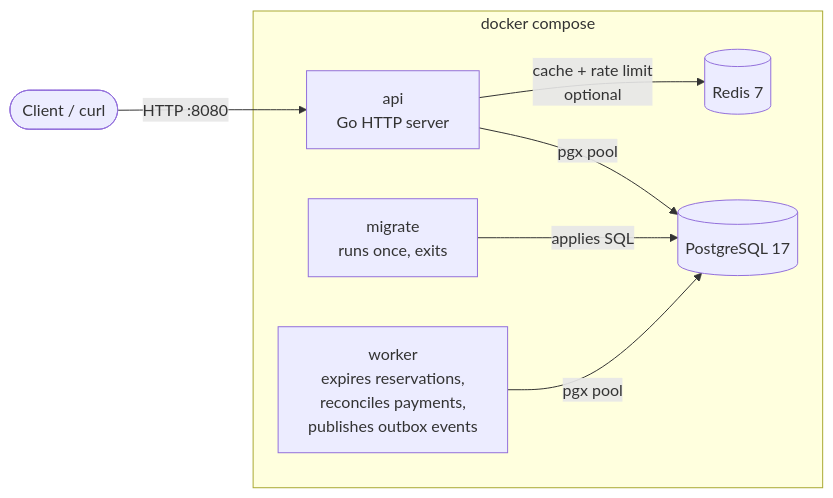
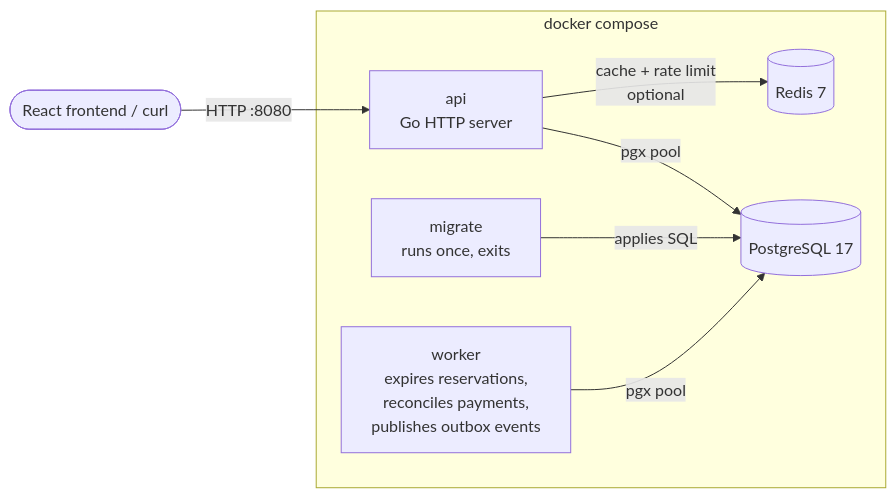
The first of 4 diagrams in README.md (BasavarajBankolli/inventory-order-engine), drawn with Mermaid before and after one commit. The commit also changed other lines of this file and 43 other files, not shown here.

First line of the commit message:
feat: add React frontend and CORS support

````diff
--- a/README.md
+++ b/README.md
@@ -16,10 +18,10 @@
 ```mermaid
 flowchart LR
-    client([Client / curl]) -->|HTTP :8080| api
+    client([React frontend / curl]) -->|HTTP :8080| api
     subgraph docker compose
         migrate[migrate<br/>runs once, exits] -->|applies SQL| pg[(PostgreSQL 17)]
         api[api<br/>Go HTTP server] -->|pgx pool| pg
         worker[worker<br/>expires reservations,<br/>reconciles payments,<br/>publishes outbox events] -->|pgx pool| pg
         api -->|cache + rate limit<br/>optional| redis[(Redis 7)]
     end
 ```
````
